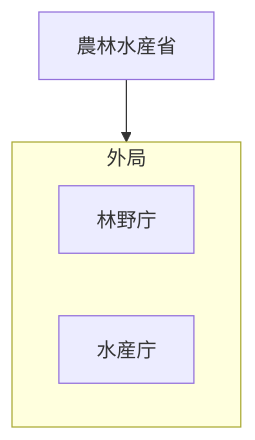
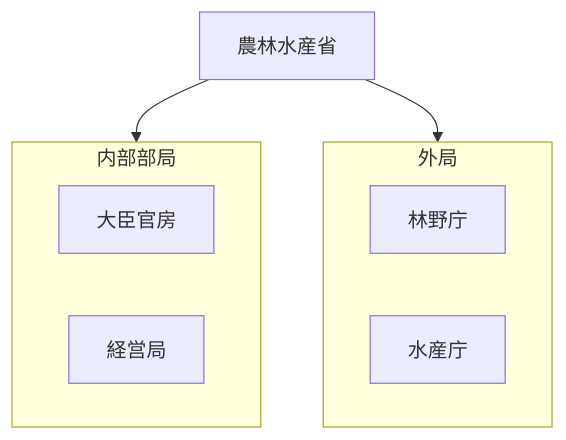
One commit to tatemaru/jp-admin-org-chart changed the diagram in 行政機構/農林水産省/README.md. Above: the diagram before and after it, drawn with Mermaid. The commit also changed other lines of this file and 18 other files, not shown here.

````diff
--- a/行政機構/農林水産省/README.md
+++ b/行政機構/農林水産省/README.md
@@ -5,9 +5,14 @@
 ```mermaid
 flowchart TB
   root["農林水産省"]
-  subgraph g0["外局"]
-    n0_0["林野庁"]
-    n0_1["水産庁"]
+  subgraph g0["内部部局"]
+    n0_0["大臣官房"]
+    n0_1["経営局"]
   end
   root --> g0
+  subgraph g1["外局"]
+    n1_0["林野庁"]
+    n1_1["水産庁"]
+  end
+  root --> g1
 ```
````
